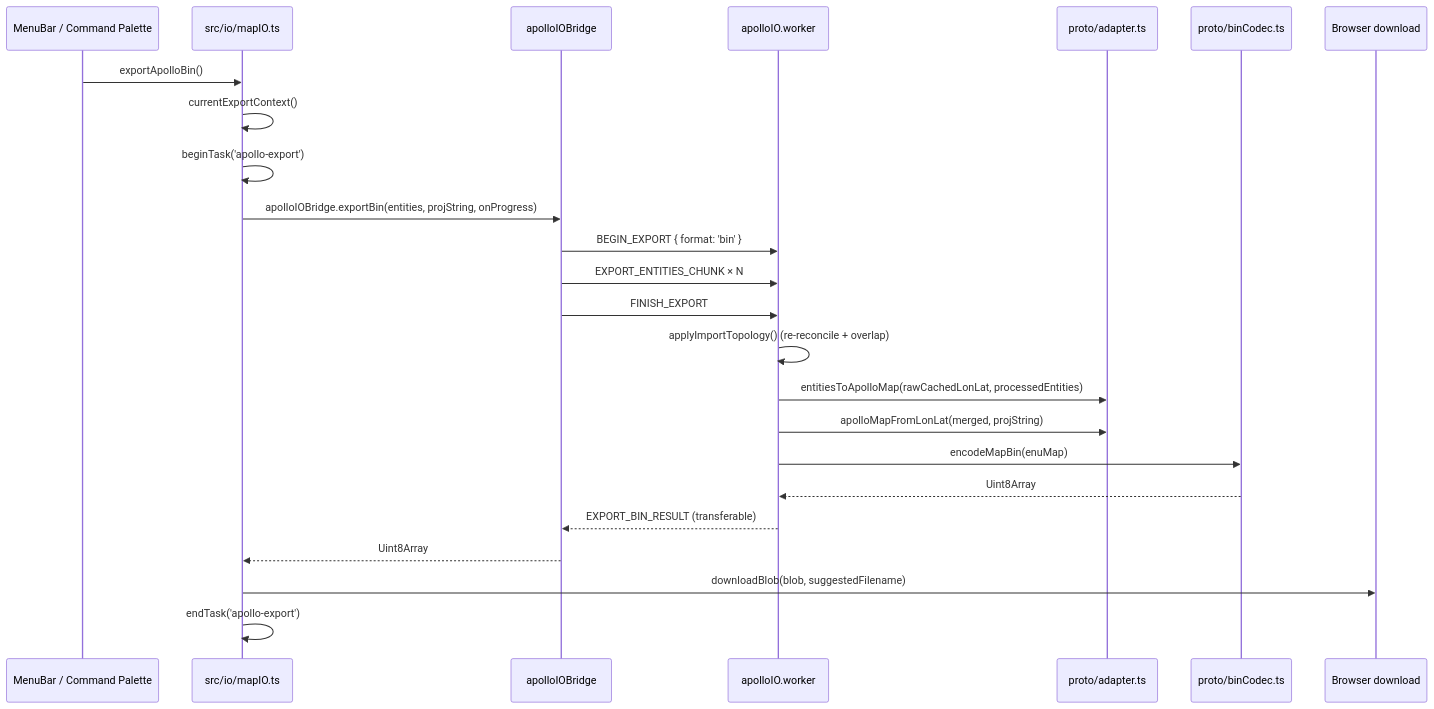
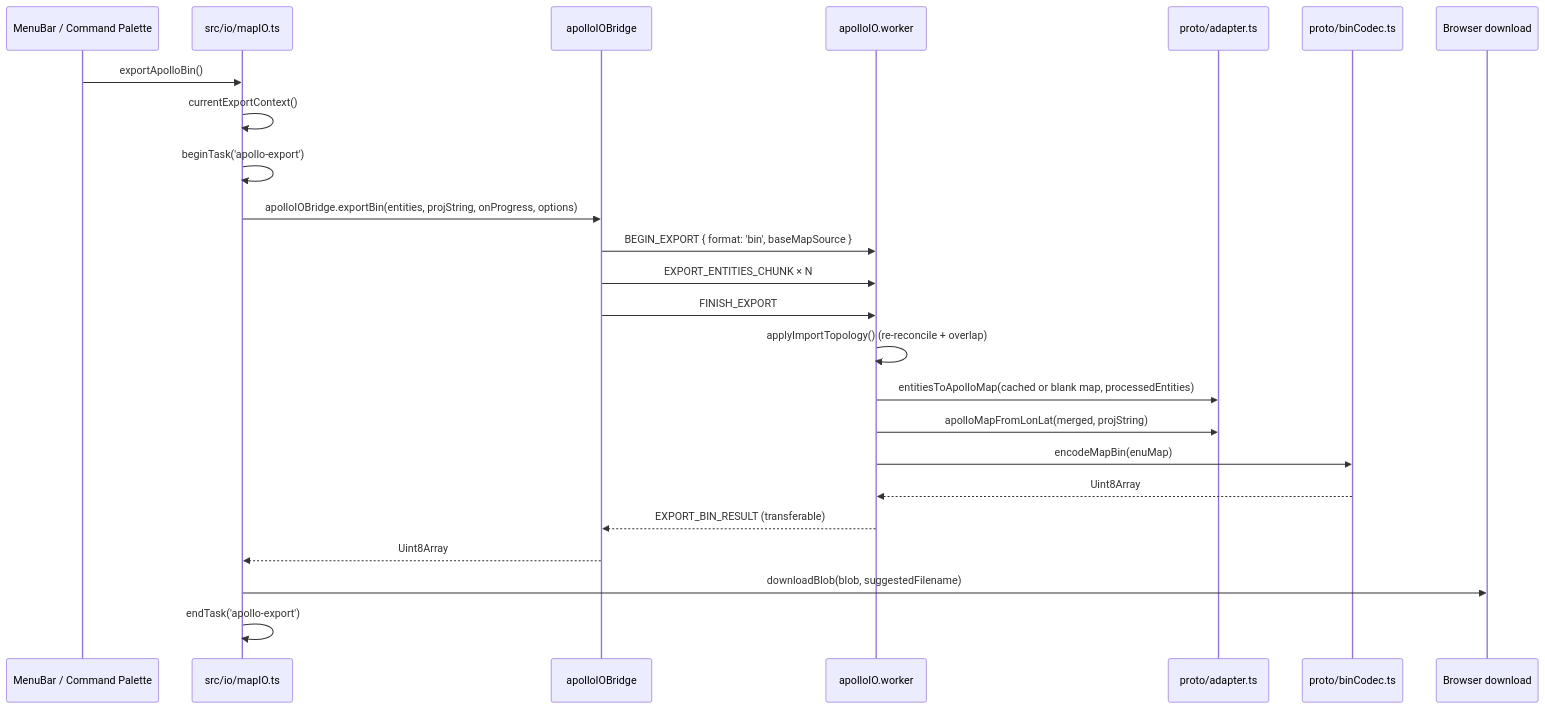
The diagram in docs/api/export-base-map.md (SakuraPuare/apollo-map-studio), drawn with Mermaid before and after one commit. The commit also changed other lines of this file and 17 other files, not shown here.

````diff
--- a/docs/api/export-base-map.md
+++ b/docs/api/export-base-map.md
@@ -36,27 +36,27 @@
 ```mermaid
 sequenceDiagram
   participant UI as MenuBar / Command Palette
   participant mapIO as src/io/mapIO.ts
   participant Bridge as apolloIOBridge
   participant Worker as apolloIO.worker
   participant Adapter as proto/adapter.ts
   participant Codec as proto/binCodec.ts
   participant File as Browser download
 
   UI->>mapIO: exportApolloBin()
   mapIO->>mapIO: currentExportContext()
   mapIO->>mapIO: beginTask('apollo-export')
-  mapIO->>Bridge: apolloIOBridge.exportBin(entities, projString, onProgress)
-  Bridge->>Worker: BEGIN_EXPORT { format: 'bin' }
+  mapIO->>Bridge: apolloIOBridge.exportBin(entities, projString, onProgress, options)
+  Bridge->>Worker: BEGIN_EXPORT { format: 'bin', baseMapSource }
   Bridge->>Worker: EXPORT_ENTITIES_CHUNK × N
   Bridge->>Worker: FINISH_EXPORT
   Worker->>Worker: applyImportTopology() (re-reconcile + overlap)
-  Worker->>Adapter: entitiesToApolloMap(rawCachedLonLat, processedEntities)
+  Worker->>Adapter: entitiesToApolloMap(cached or blank map, processedEntities)
   Worker->>Adapter: apolloMapFromLonLat(merged, projString)
   Worker->>Codec: encodeMapBin(enuMap)
   Codec-->>Worker: Uint8Array
   Worker-->>Bridge: EXPORT_BIN_RESULT (transferable)
   Bridge-->>mapIO: Uint8Array
   mapIO->>File: downloadBlob(blob, suggestedFilename)
   mapIO->>mapIO: endTask('apollo-export')
 ```
````
